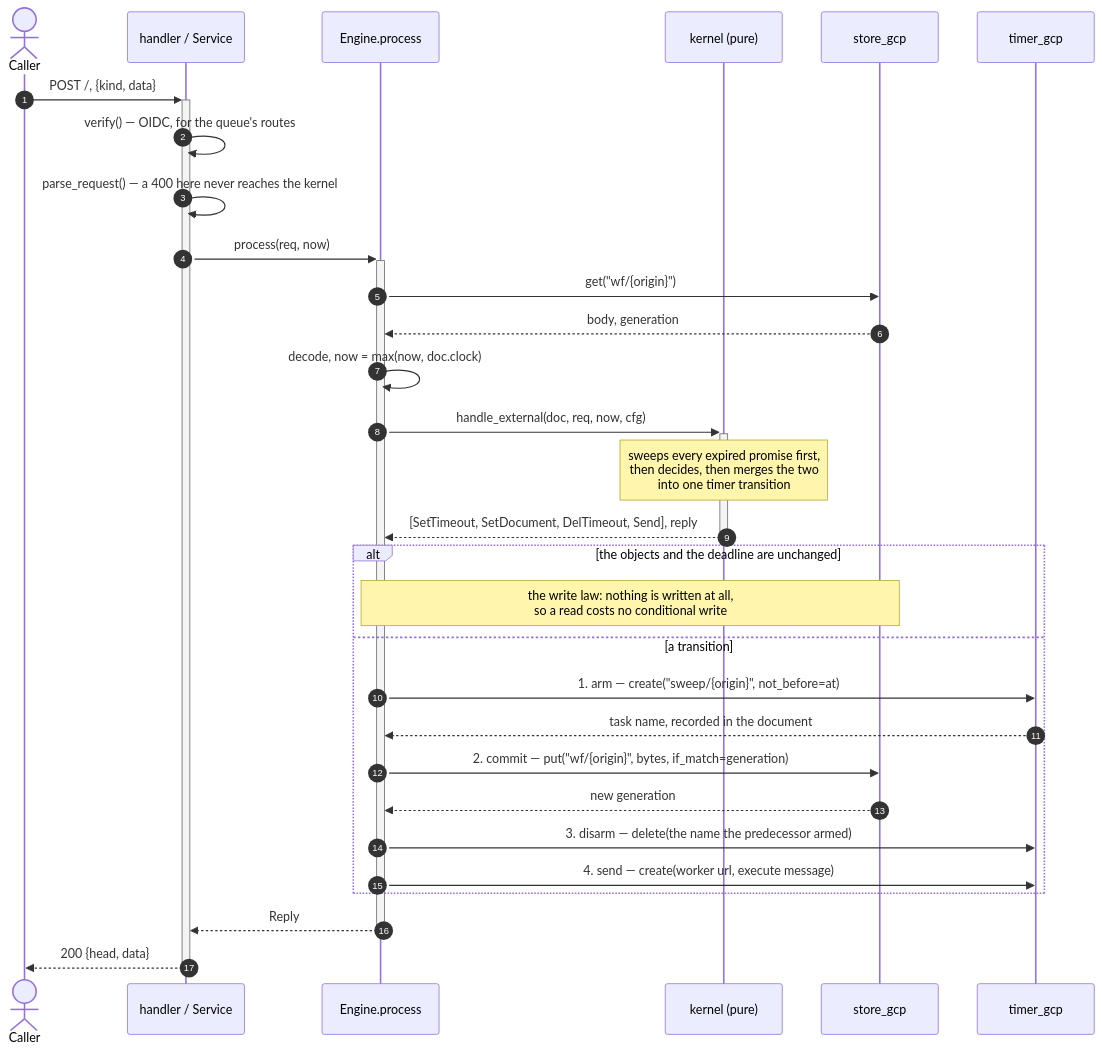
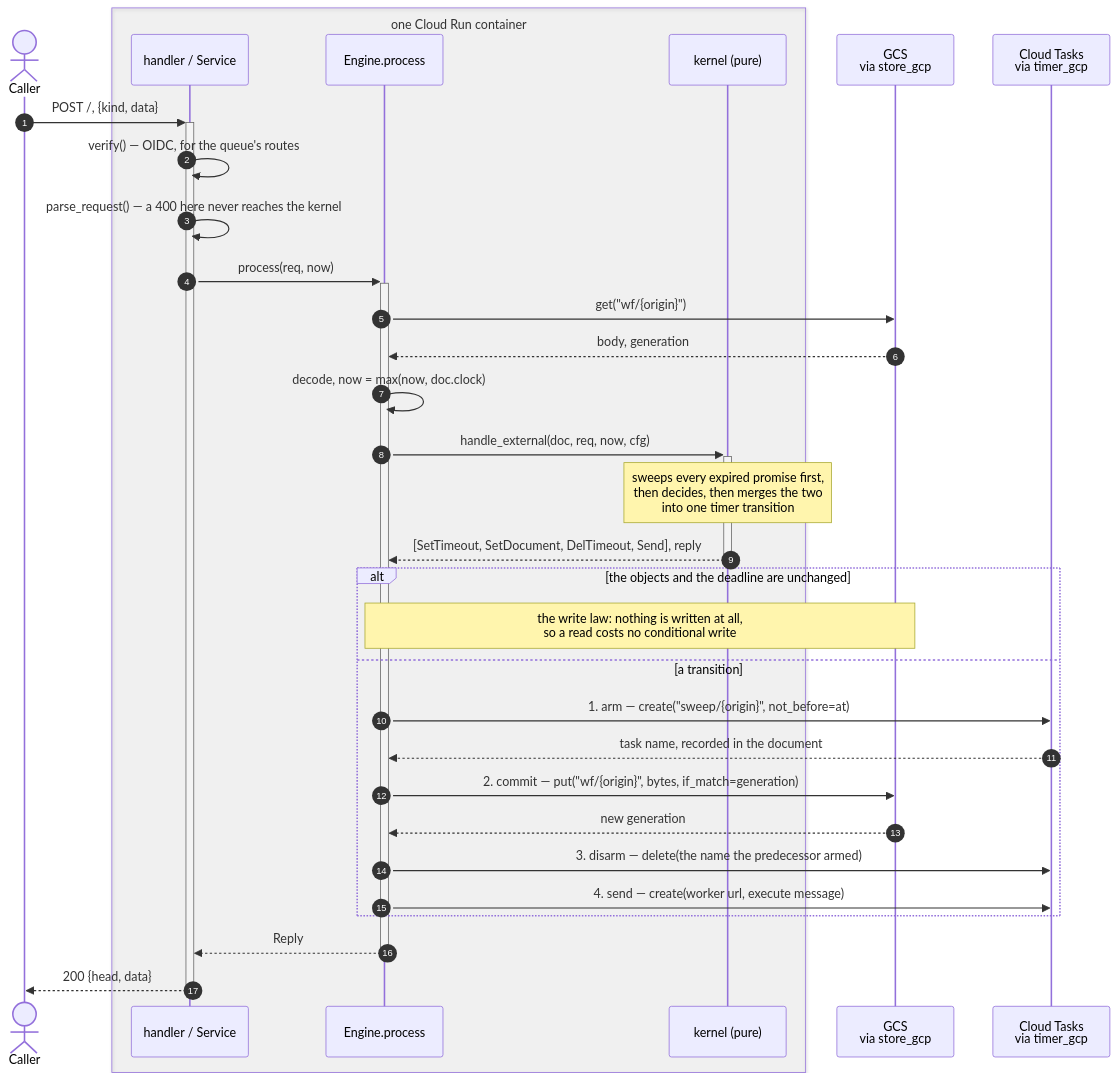
Before and after one commit to resonatehq/durable-execution: the second of 6 diagrams in code/final/SEQUENCE.md, drawn with Mermaid. The commit also changed other lines of this file, not shown here.

First line of the commit message:
final: say what each lifeline in SEQUENCE.md actually is

````diff
--- a/code/final/SEQUENCE.md
+++ b/code/final/SEQUENCE.md
@@ -51,37 +76,39 @@
 ```mermaid
 sequenceDiagram
     autonumber
     actor C as Caller
-    participant H as handler / Service
-    participant E as Engine.process
-    participant K as kernel (pure)
-    participant S as store_gcp
-    participant T as timer_gcp
+    box rgba(128,128,128,0.08) one Cloud Run container
+        participant H as handler / Service
+        participant E as Engine.process
+        participant K as kernel (pure)
+    end
+    participant S as GCS<br/>via store_gcp
+    participant T as Cloud Tasks<br/>via timer_gcp
 
     C->>+H: POST /, {kind, data}
     H->>H: verify() — OIDC, for the queue's routes
     H->>H: parse_request() — a 400 here never reaches the kernel
     H->>+E: process(req, now)
 
     E->>S: get("wf/{origin}")
     S-->>E: body, generation
     E->>E: decode, now = max(now, doc.clock)
 
     E->>+K: handle_external(doc, req, now, cfg)
     Note over K: sweeps every expired promise first,<br/>then decides, then merges the two<br/>into one timer transition
     K-->>-E: [SetTimeout, SetDocument, DelTimeout, Send], reply
 
     alt the objects and the deadline are unchanged
         Note over E,S: the write law: nothing is written at all,<br/>so a read costs no conditional write
     else a transition
         E->>T: 1. arm — create("sweep/{origin}", not_before=at)
         T-->>E: task name, recorded in the document
         E->>S: 2. commit — put("wf/{origin}", bytes, if_match=generation)
         S-->>E: new generation
         E->>T: 3. disarm — delete(the name the predecessor armed)
         E->>T: 4. send — create(worker url, execute message)
     end
 
     E-->>-H: Reply
     H-->>-C: 200 {head, data}
 ```
````
